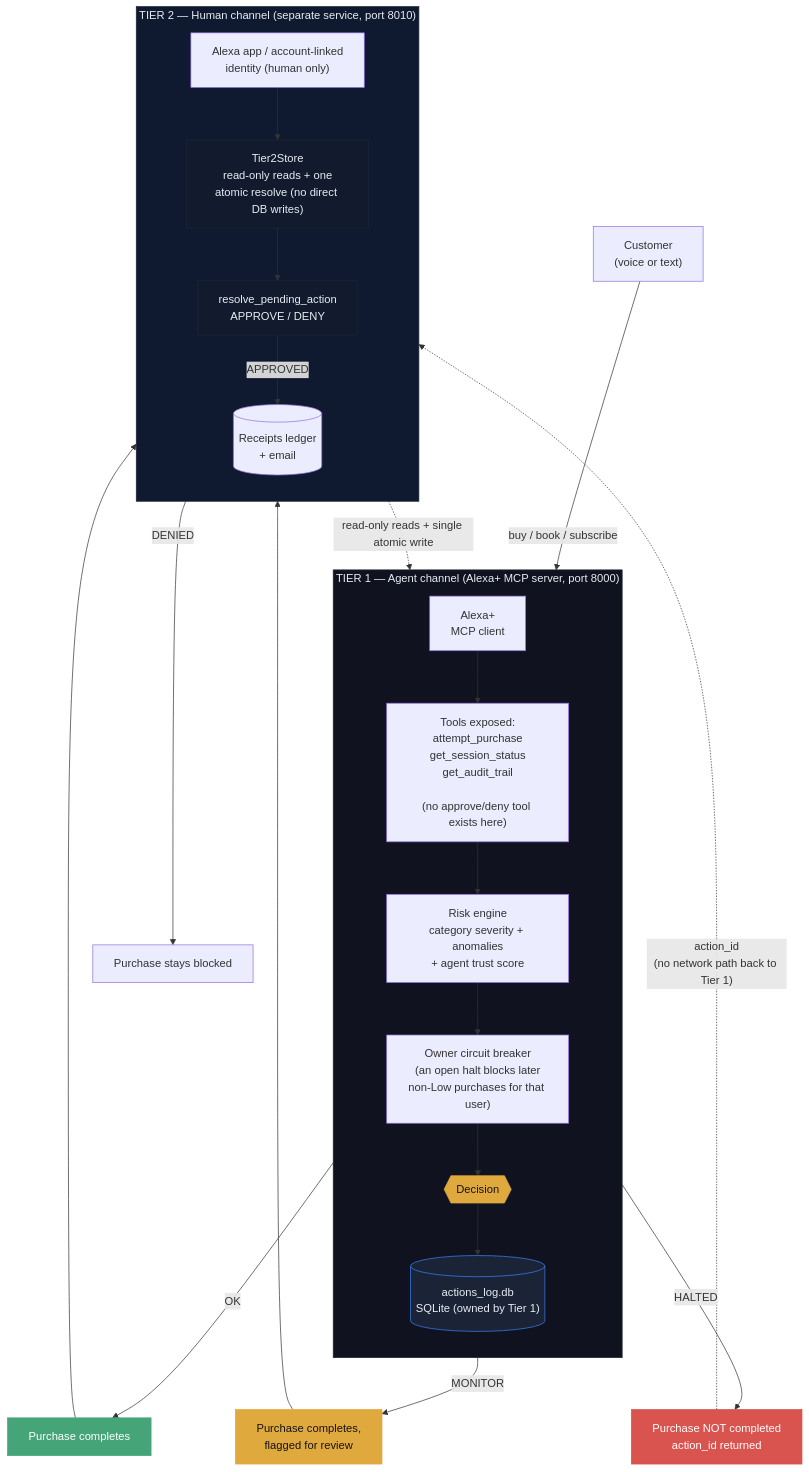
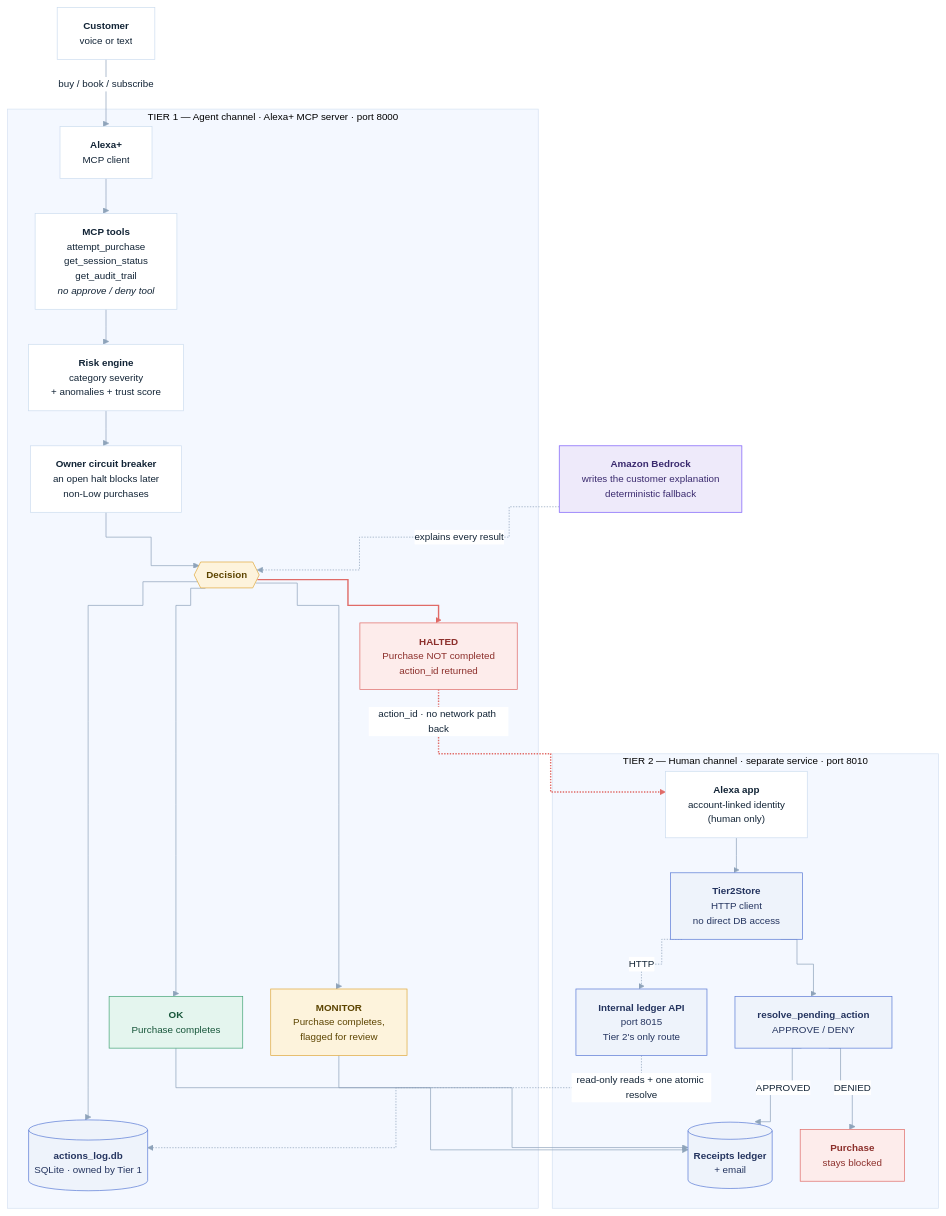
Before and after one commit to evaaliya/Alguard: the diagram in README.md, drawn with Mermaid. The commit also changed other lines of this file and 36 other files, not shown here.

````diff
--- a/README.md
+++ b/README.md
@@ -37,53 +39,72 @@
 ```mermaid
+%%{init: {
+  'theme': 'base',
+  'themeVariables': {
+    'primaryColor': '#ffffff',
+    'primaryBorderColor': '#cdddef',
+    'primaryTextColor': '#122436',
+    'lineColor': '#8ea3ba',
+    'fontSize': '14px',
+    'clusterBkg': '#f4f8ff',
+    'clusterBorder': '#d6e2f2'
+  },
+  'flowchart': { 'curve': 'step', 'nodeSpacing': 40, 'rankSpacing': 50, 'padding': 16 }
+}}%%
 flowchart TB
-    Customer["Customer<br/>(voice or text)"]
+    Customer["<b>Customer</b><br/>voice or text"]
+    Bedrock["<b>Amazon Bedrock</b><br/>writes the customer explanation<br/>deterministic fallback"]
 
-    subgraph Tier1["TIER 1 — Agent channel (Alexa+ MCP server, port 8000)"]
-        direction TB
-        AlexaPlus["Alexa+<br/>MCP client"]
-        Tools["Tools exposed:<br/>attempt_purchase<br/>get_session_status<br/>get_audit_trail<br/><br/>(no approve/deny tool exists here)"]
-        RiskEngine["Risk engine<br/>category severity + anomalies<br/>+ agent trust score"]
-        CircuitBreaker["Owner circuit breaker<br/>(an open halt blocks later<br/>non-Low purchases for that user)"]
-        Decision{{"Decision"}}
-        DB[("actions_log.db<br/>SQLite (owned by Tier 1)")]
+    subgraph T1["TIER 1 — Agent channel · Alexa+ MCP server · port 8000"]
+        Alexa["<b>Alexa+</b><br/>MCP client"]
+        Tools["<b>MCP tools</b><br/>attempt_purchase<br/>get_session_status<br/>get_audit_trail<br/><i>no approve / deny tool</i>"]
+        Risk["<b>Risk engine</b><br/>category severity<br/>+ anomalies + trust score"]
+        Breaker["<b>Owner circuit breaker</b><br/>an open halt blocks later<br/>non-Low purchases"]
+        Decision{{"<b>Decision</b>"}}
+        OK["<b>OK</b><br/>Purchase completes"]
+        MON["<b>MONITOR</b><br/>Purchase completes,<br/>flagged for review"]
+        HALT["<b>HALTED</b><br/>Purchase NOT completed<br/>action_id returned"]
+        DB[("<b>actions_log.db</b><br/>SQLite · owned by Tier 1")]
     end
 
-    subgraph Tier2["TIER 2 — Human channel (separate service, port 8010)"]
-        direction TB
-        HumanApp["Alexa app / account-linked<br/>identity (human only)"]
-        Tier2Store["Tier2Store<br/>read-only reads + one<br/>atomic resolve (no direct DB writes)"]
-        Resolve["resolve_pending_action<br/>APPROVE / DENY"]
-        Receipts[("Receipts ledger<br/>+ email")]
+    subgraph T2["TIER 2 — Human channel · separate service · port 8010"]
+        Human["<b>Alexa app</b><br/>account-linked identity<br/>(human only)"]
+        Store["<b>Tier2Store</b><br/>HTTP client<br/>no direct DB access"]
+        Ledger["<b>Internal ledger API</b><br/>port 8015<br/>Tier 2's only route"]
+        Resolve["<b>resolve_pending_action</b><br/>APPROVE / DENY"]
+        Receipts[("<b>Receipts ledger</b><br/>+ email")]
+        Dropped["<b>Purchase</b><br/>stays blocked"]
     end
 
-    Customer -->|"buy / book / subscribe"| AlexaPlus
-    AlexaPlus --> Tools
-    Tools --> RiskEngine
-    RiskEngine --> CircuitBreaker
-    CircuitBreaker --> Decision
+    Customer -->|"buy / book / subscribe"| Alexa
+    Alexa --> Tools --> Risk --> Breaker --> Decision
+    Bedrock -.->|"explains every result"| Decision
     Decision --> DB
+    Decision --> OK
+    Decision --> MON
+    Decision --> HALT
 
-    Decision -->|"OK"| Complete1["Purchase completes"]
-    Decision -->|"MONITOR"| Complete2["Purchase completes,<br/>flagged for review"]
-    Decision -->|"HALTED"| Blocked["Purchase NOT completed<br/>action_id returned"]
+    OK --> Receipts
+    MON --> Receipts
+    HALT -.->|"action_id · no network path back"| Human
+    Human --> Store --> Resolve
+    Store -.->|"HTTP"| Ledger
+    Ledger -.->|"read-only reads + one atomic resolve"| DB
+    Resolve -->|"APPROVED"| Receipts
+    Resolve -->|"DENIED"| Dropped
 
-    Complete1 --> Receipts
-    Complete2 --> Receipts
+    classDef def fill:#ffffff,stroke:#cdddef,color:#122436
+    classDef ok fill:#e4f5ee,stroke:#46a578,color:#17563a
+    classDef warn fill:#fdf3dc,stroke:#e0a93e,color:#5c4400
+    classDef bad fill:#fdeceb,stroke:#e06b67,color:#8c2f2b
+    classDef info fill:#eef3fb,stroke:#5b7bd6,color:#24345f
+    classDef purple fill:#eeeafa,stroke:#7B5CFA,color:#3a2a6e
 
-    Blocked -.->|"action_id<br/>(no network path back to Tier 1)"| HumanApp
-    HumanApp --> Tier2Store
-    Tier2Store --> Resolve
-    Tier2Store -.->|"read-only reads + single atomic write"| DB
-    Resolve -->|"APPROVED"| Receipts
-    Resolve -->|"DENIED"| Dropped["Purchase stays blocked"]
+    class Customer,Alexa,Tools,Risk,Breaker,Human def
+    class Decision,MON warn
+    class OK ok
+    class HALT,Dropped bad
+    class DB,Store,Ledger,Resolve,Receipts info
+    class Bedrock purple
 
-    style Tier1 fill:#10131f,stroke:#1e2436,color:#e7ecf3
-    style Tier2 fill:#0f1930,stroke:#1e2436,color:#e7ecf3
-    style Decision fill:#e0a93e,stroke:#e0a93e,color:#141414
-    style Blocked fill:#d9534f,stroke:#d9534f,color:#fff
-    style Complete1 fill:#46a578,stroke:#46a578,color:#fff
-    style Complete2 fill:#e0a93e,stroke:#e0a93e,color:#141414
-    style Resolve fill:#121b2e,stroke:#1e2436,color:#e7ecf3
-    style DB fill:#1b2437,stroke:#3b82f6,color:#e7ecf3
-    style Tier2Store fill:#121b2e,stroke:#1e2436,color:#e7ecf3
+    linkStyle 9,12 stroke:#e06b67,stroke-width:2px
 ```
````
